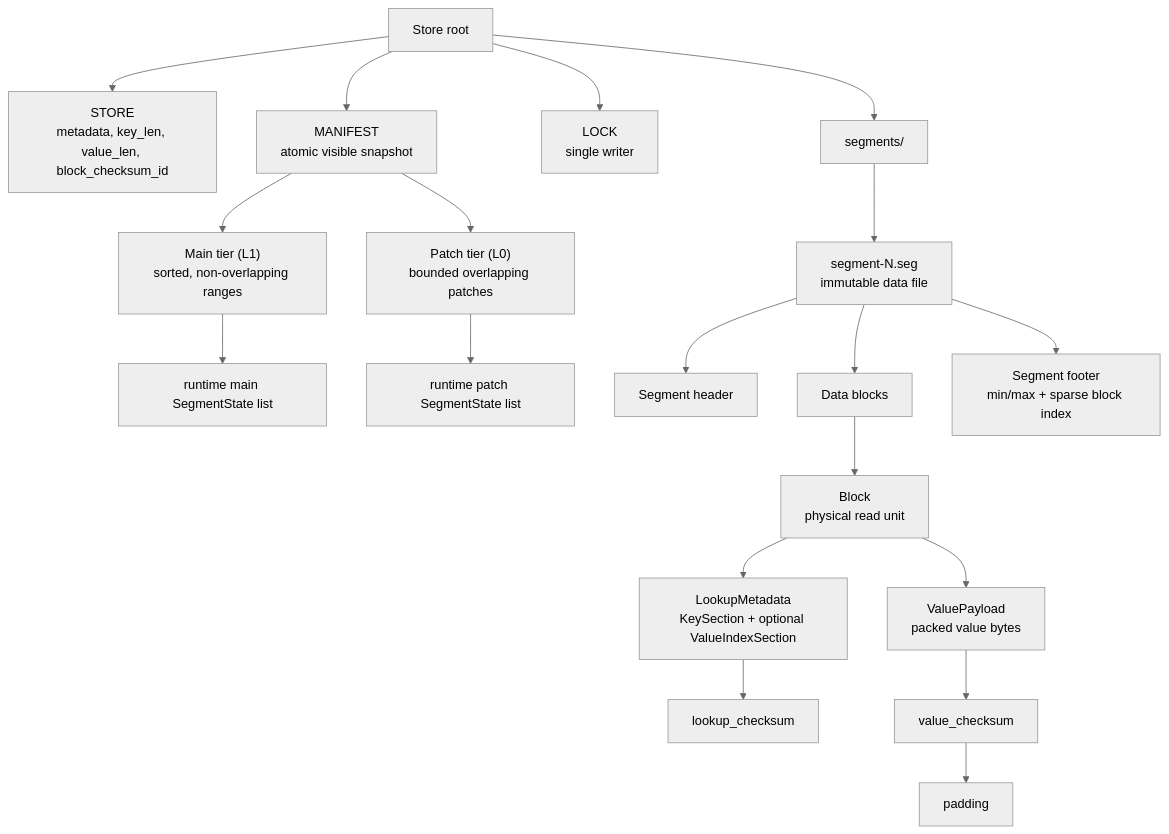
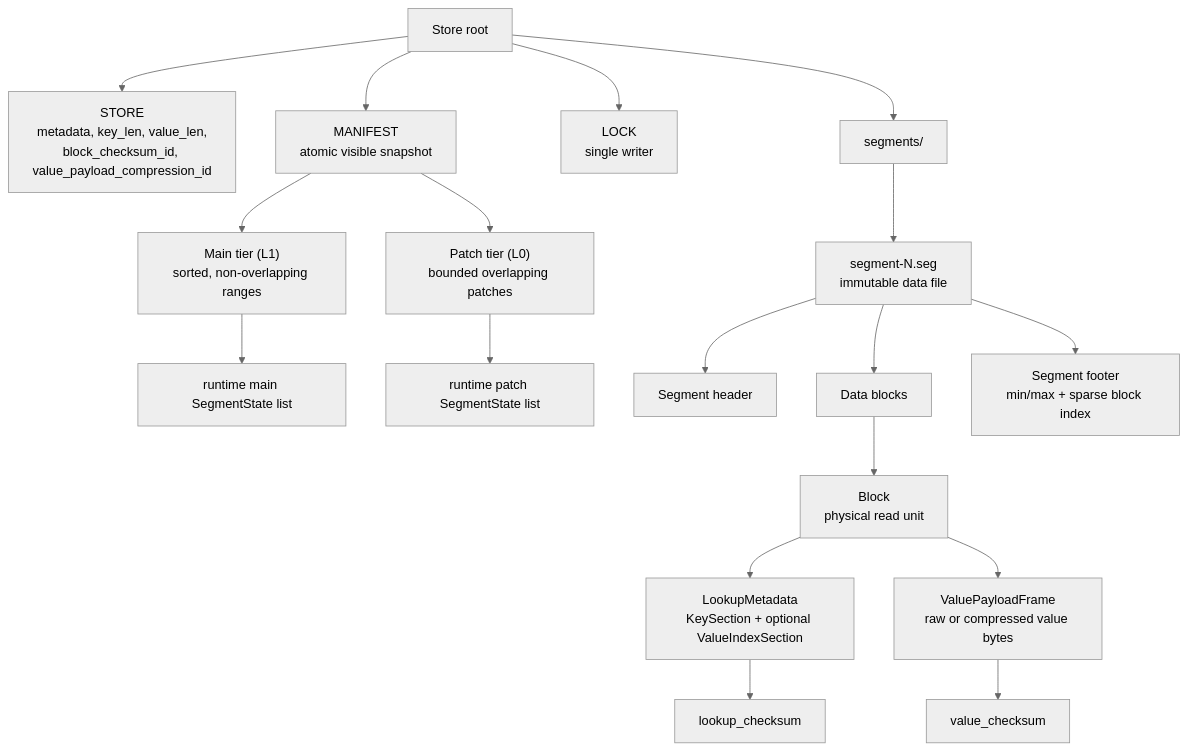
Before and after one commit to wangl-cc/evo-ssa-tools: the first of 7 diagrams in crates/segment-cache-store/docs/design.md, drawn with Mermaid (neutral theme). The commit also changed other lines of this file and 27 other files, not shown here.

First line of the commit message:
feat(segment-cache-store): add value payload compression

````diff
--- a/crates/segment-cache-store/docs/design.md
+++ b/crates/segment-cache-store/docs/design.md
@@ -115,25 +115,24 @@
 ```mermaid
 flowchart TD
-  Root["Store root"] --> StoreFile["STORE<br/>metadata, key_len, value_len, block_checksum_id"]
+  Root["Store root"] --> StoreFile["STORE<br/>metadata, key_len, value_len,<br/>block_checksum_id, value_payload_compression_id"]
   Root --> Manifest["MANIFEST<br/>atomic visible snapshot"]
   Root --> Lock["LOCK<br/>single writer"]
   Root --> SegmentDir["segments/"]
 
   Manifest --> MainTier["Main tier (L1)<br/>sorted, non-overlapping ranges"]
   Manifest --> PatchTier["Patch tier (L0)<br/>bounded overlapping patches"]
 
   MainTier --> RuntimeMain["runtime main SegmentState list"]
   PatchTier --> RuntimePatch["runtime patch SegmentState list"]
   SegmentDir --> SegmentFile["segment-N.seg<br/>immutable data file"]
 
   SegmentFile --> Header["Segment header"]
   SegmentFile --> Blocks["Data blocks"]
   SegmentFile --> Footer["Segment footer<br/>min/max + sparse block index"]
 
   Blocks --> Block["Block<br/>physical read unit"]
   Block --> LookupMetadata["LookupMetadata<br/>KeySection + optional ValueIndexSection"]
   LookupMetadata --> LookupChecksum["lookup_checksum"]
-  Block --> ValuePayload["ValuePayload<br/>packed value bytes"]
+  Block --> ValuePayload["ValuePayloadFrame<br/>raw or compressed value bytes"]
   ValuePayload --> ValueChecksum["value_checksum"]
-  ValueChecksum --> Padding["padding"]
 ```
````
